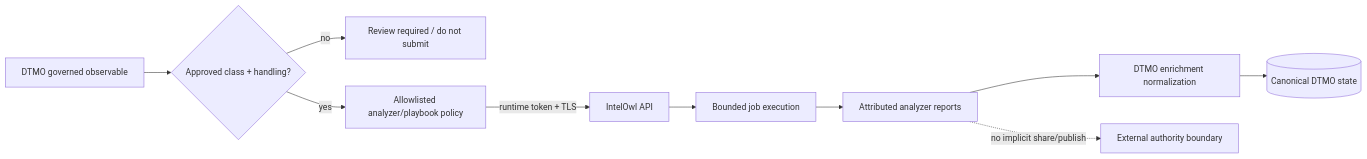
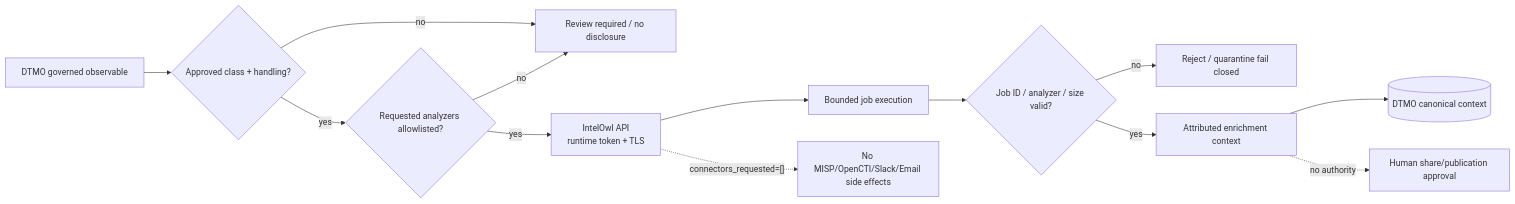
The diagram in docs/README.md (GJvManen/dtmo), drawn with Mermaid before and after one commit. The commit also changed other lines of this file, not shown here.

Commit message:
docs: advance portal to active IntelOwl adapter

````diff
--- a/docs/README.md
+++ b/docs/README.md
@@ -57,12 +49,15 @@
 ```mermaid
 flowchart LR
     D[DTMO governed observable] --> P{Approved class + handling?}
-    P -->|no| R[Review required / do not submit]
-    P -->|yes| A[Allowlisted analyzer/playbook policy]
-    A -->|runtime token + TLS| I[IntelOwl API]
+    P -->|no| R[Review required / no disclosure]
+    P -->|yes| A{Requested analyzers allowlisted?}
+    A -->|no| R
+    A -->|yes| I[IntelOwl API\nruntime token + TLS]
     I --> J[Bounded job execution]
-    J --> Q[Attributed analyzer reports]
-    Q --> N[DTMO enrichment normalization]
-    N --> C[(Canonical DTMO state)]
-    Q -. no implicit share/publish .-> X[External authority boundary]
+    J --> V{Job ID / analyzer / size valid?}
+    V -->|no| Q[Reject / quarantine fail closed]
+    V -->|yes| N[Attributed enrichment context]
+    N --> C[(DTMO canonical context)]
+    I -. connectors_requested=[] .-> X[No MISP/OpenCTI/Slack/Email side effects]
+    N -. no authority .-> H[Human share/publication approval]
 ```
````
